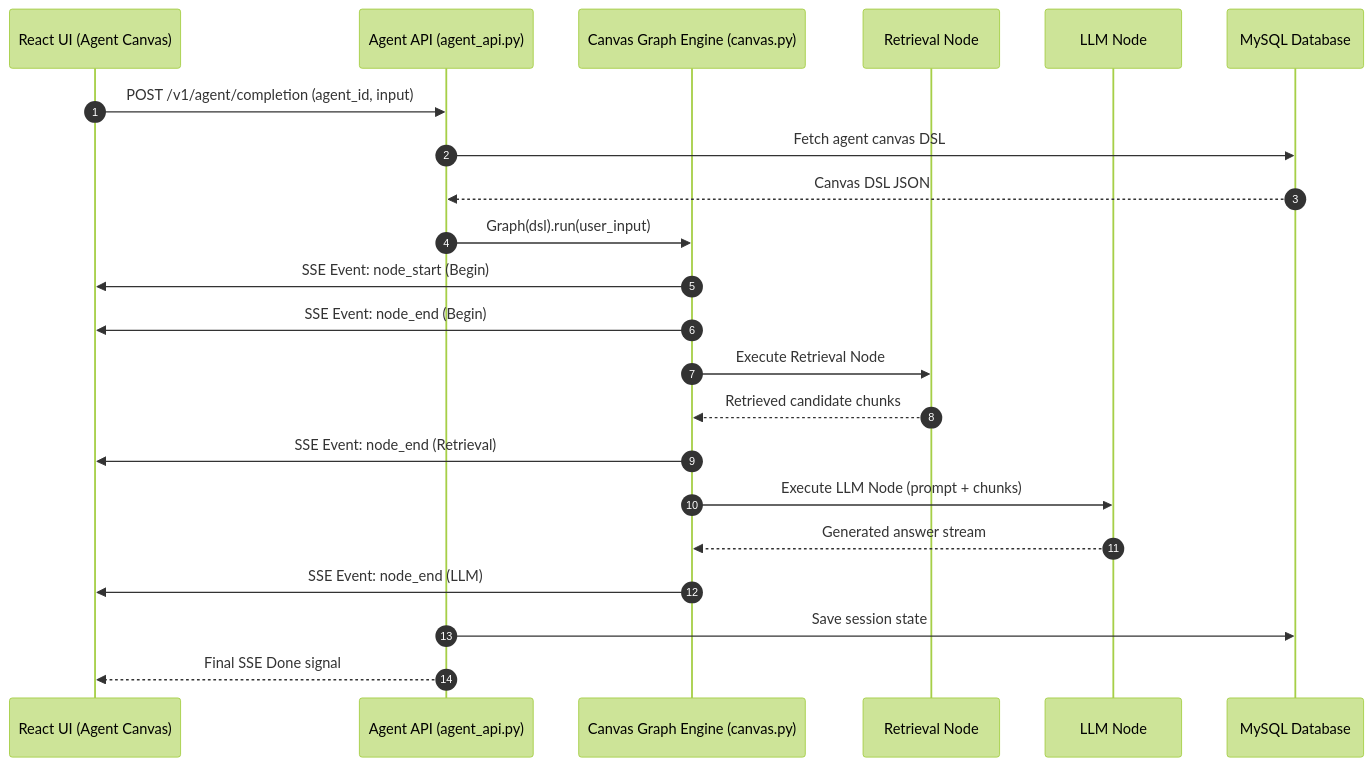
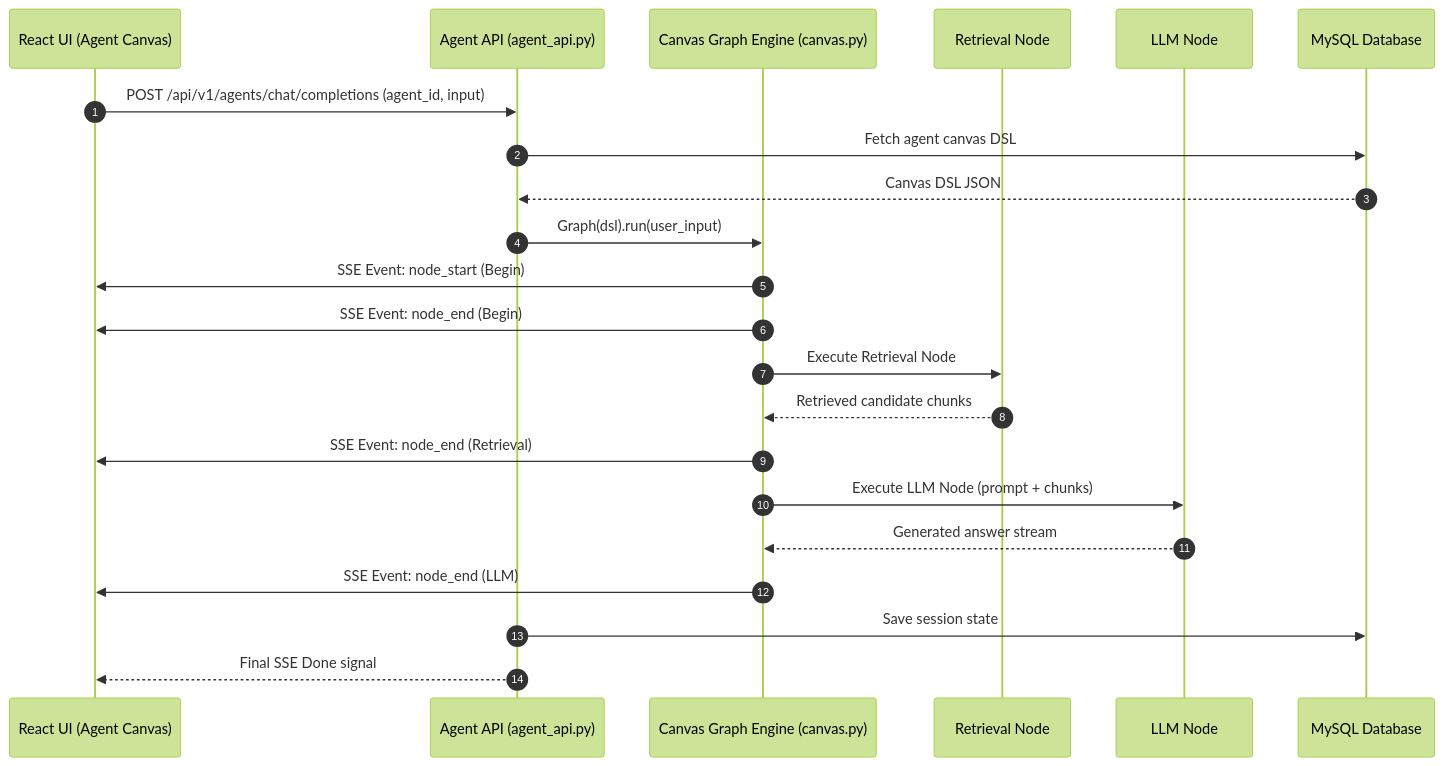
One commit to 6sLOGAN78/devRAG changed the diagram in ragflow-docs/21-end-to-end-flows/agent-execution.md. Above: the diagram before and after it, drawn with Mermaid (forest theme). The commit also changed other lines of this file and 35 other files, not shown here.

````diff
--- a/ragflow-docs/21-end-to-end-flows/agent-execution.md
+++ b/ragflow-docs/21-end-to-end-flows/agent-execution.md
@@ -56,29 +56,29 @@
 ```mermaid
 sequenceDiagram
     autonumber
     participant UI as React UI (Agent Canvas)
     participant API as Agent API (agent_api.py)
     participant Graph as Canvas Graph Engine (canvas.py)
     participant Retrieval as Retrieval Node
     participant LLMNode as LLM Node
     participant DB as MySQL Database
 
-    UI->>API: POST /v1/agent/completion (agent_id, input)
+    UI->>API: POST /api/v1/agents/chat/completions (agent_id, input)
     API->>DB: Fetch agent canvas DSL
     DB-->>API: Canvas DSL JSON
     API->>Graph: Graph(dsl).run(user_input)
     
     Graph->>UI: SSE Event: node_start (Begin)
     Graph->>UI: SSE Event: node_end (Begin)
     
     Graph->>Retrieval: Execute Retrieval Node
     Retrieval-->>Graph: Retrieved candidate chunks
     Graph->>UI: SSE Event: node_end (Retrieval)
     
     Graph->>LLMNode: Execute LLM Node (prompt + chunks)
     LLMNode-->>Graph: Generated answer stream
     Graph->>UI: SSE Event: node_end (LLM)
     
     API->>DB: Save session state
     API-->>UI: Final SSE Done signal
 ```
````
